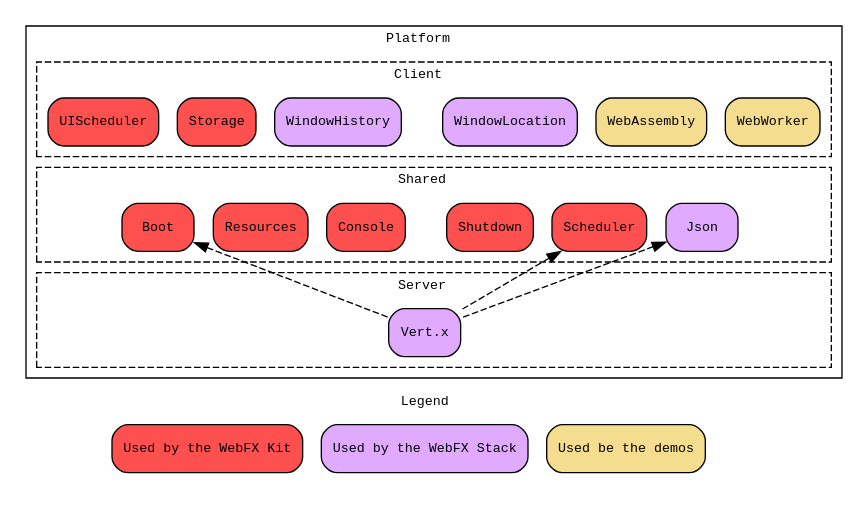
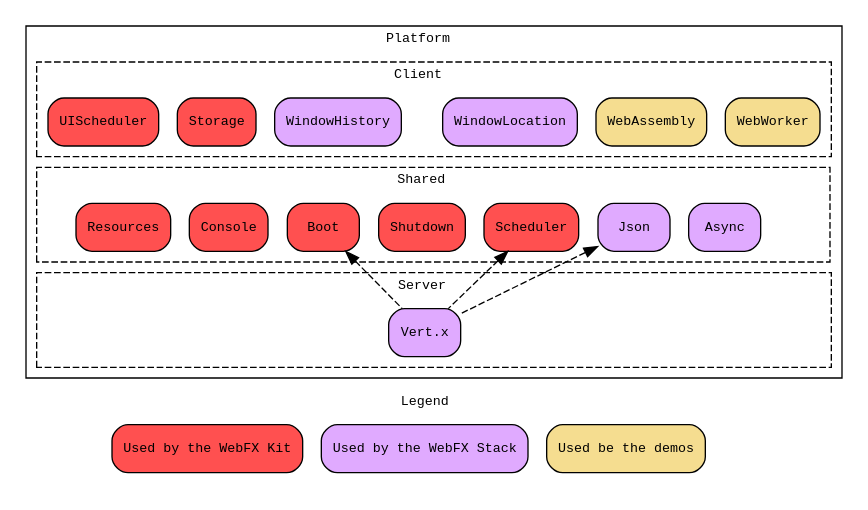
One commit to webfx-project/webfx-docs changed the diagram in src/main/asciidoc/webfx-platform/webfx-platform.adoc. Above: the diagram before and after it, drawn with Graphviz. The commit also changed 1 other file, not shown here.

Commit message:
Moved Async from WebFX Stack to WebFX Platform diagram

```diff
--- a/src/main/asciidoc/webfx-platform/webfx-platform.adoc
+++ b/src/main/asciidoc/webfx-platform/webfx-platform.adoc
@@ -3,81 +3,81 @@
 [graphviz, webfx-platform, format=svg]
 ----
 digraph D {
     graph [compound=true, ranksep=0.3, nodesep=0.2, fontname=monospace, fontsize=10, splines=false]
     node [shape="rectangle", style="rounded,filled", fillcolor="#f5dd90", fontname=monospace, fontsize=10]
 
 
     subgraph cluster_P {
         label = "Platform    "
 
         subgraph cluster_C {
             style = "dashed"
             label = "Client    "
 
             UIScheduler [fillcolor="#ff5050"]
             Storage [fillcolor="#ff5050"]
             WindowHistory [fillcolor="#e0aaff"]
             PC [shape=point, style=invis]
             WindowLocation [fillcolor="#e0aaff"]
             WebAssembly
             WebWorker
 
             {rank=same UIScheduler Storage WindowHistory PC WindowLocation WebAssembly WebWorker}
             UIScheduler -> Storage -> WindowHistory -> PC -> WindowLocation -> WebAssembly -> WebWorker [style=invis]
         }
 
         subgraph cluster_SHR {
             label = "Shared   "
             style = "dashed"
 
-            SHRL [width=0.5,style=invis]
+            SHRL [shape=point, width=0.1, style=invis]
             Boot [fillcolor="#ff5050"]
             Resources [fillcolor="#ff5050"]
             Console [fillcolor="#ff5050"]
-            PS [shape=point, style=invis]
             Shutdown [fillcolor="#ff5050"]
             Scheduler [fillcolor="#ff5050"]
             Json [fillcolor="#e0aaff"]
-            SHRR [width=0.65,style=invis]
+            Async [fillcolor="#e0aaff"]
+            SHRR [shape=point, width=0.41, style=invis]
 
-            {rank=same SHRL Boot Resources Console PS Shutdown Scheduler Json SHRR}
-            SHRL -> Boot -> Resources -> Console -> PS -> Shutdown -> Scheduler -> Json -> SHRR [style=invis]
+            {rank=same SHRL Boot Resources Console Shutdown Scheduler Json Async SHRR}
+            SHRL -> Resources -> Console -> Boot -> Shutdown -> Scheduler -> Json -> Async -> SHRR [style=invis]
         }
 
         subgraph cluster_S {
             label = "Server   "
             style = "dashed"
 
             SL [width=3.35, style=invis]
             Vertx [label="Vert.x", fillcolor="#e0aaff"]
             SR [width=3.55, style=invis]
 
             {rank=same SL Vertx SR}
             SL -> Vertx -> SR [style=invis]
         }
 
         Boot -> Vertx [dir=back,style=dashed]
         Scheduler -> Vertx [dir=back,style=dashed]
         Json -> Vertx [dir=back,style=dashed]
 
     }
 
-    PC -> PS [style=invis]
+    PC -> Shutdown [style=invis]
 
     subgraph cluster_L {
         label = "     Legend"
         style = "dashed"
         peripheries=0
 
         Kit [label="Used by the WebFX Kit", fillcolor="#ff5050"]
         Stack [label = "Used by the WebFX Stack", fillcolor="#e0aaff"]
         Demos [label = "Used be the demos"]
 
         {rank=same Kit Stack Demos}
 
         Kit -> Stack -> Demos [style=invis]
     }
 
     Vertx -> Stack [style=invis]
 }
 ----
```
